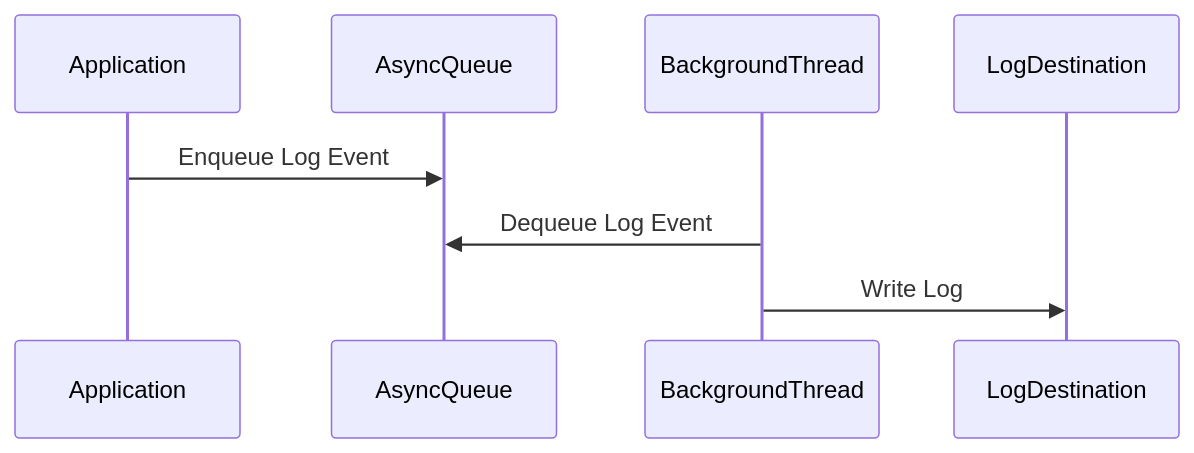
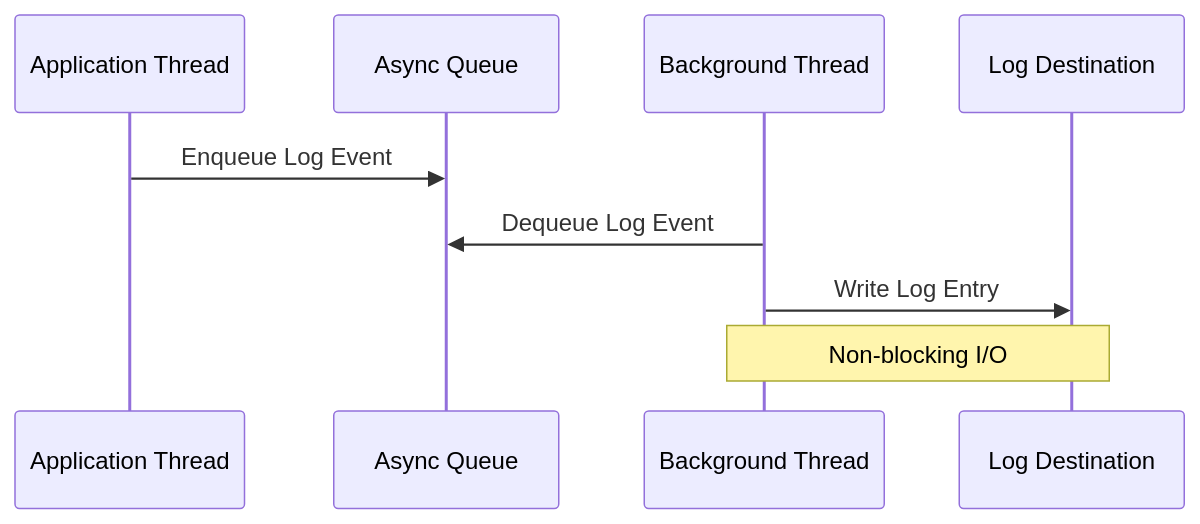
One commit to VrushankPatel/interview-matters changed the second of 2 diagrams in async-logging/README.md. Above: the diagram before and after it, drawn with Mermaid. The commit also changed other lines of this file and 6 other files, not shown here.

````diff
--- a/async-logging/README.md
+++ b/async-logging/README.md
@@ -43,11 +43,12 @@
 ```mermaid
 sequenceDiagram
-    participant Application
-    participant AsyncQueue
-    participant BackgroundThread
-    participant LogDestination
+    participant App as Application Thread
+    participant Queue as Async Queue
+    participant BG as Background Thread
+    participant Dest as Log Destination
 
-    Application->>AsyncQueue: Enqueue Log Event
-    BackgroundThread->>AsyncQueue: Dequeue Log Event
-    BackgroundThread->>LogDestination: Write Log
+    App->>Queue: Enqueue Log Event
+    BG->>Queue: Dequeue Log Event
+    BG->>Dest: Write Log Entry
+    Note over BG,Dest: Non-blocking I/O
 ```
````
